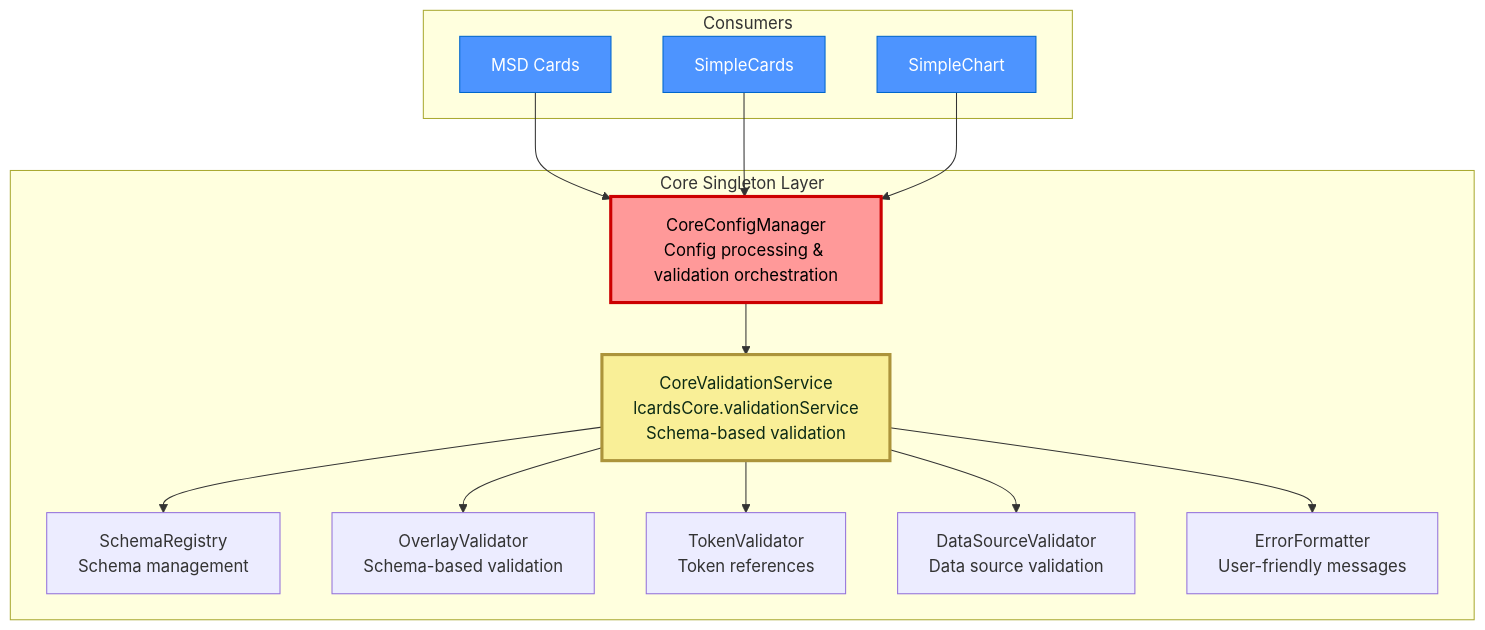
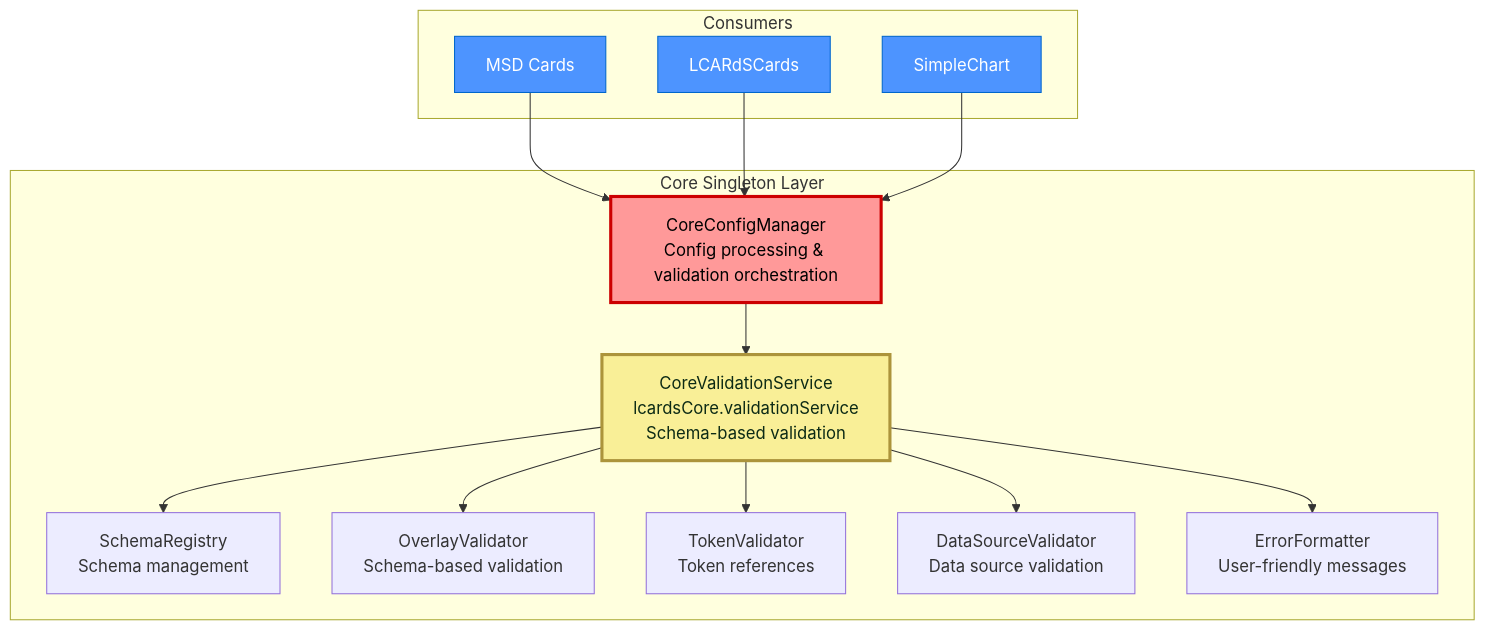
The first of 2 diagrams in doc/architecture/subsystems/validation-system.md (solhuebner/lcards), drawn with Mermaid before and after one commit. The commit also changed other lines of this file and 56 other files, not shown here.

````diff
--- a/doc/architecture/subsystems/validation-system.md
+++ b/doc/architecture/subsystems/validation-system.md
@@ -45,36 +45,36 @@
 ```mermaid
 graph TB
     subgraph "Core Singleton Layer"
         CCM[CoreConfigManager<br/>Config processing & validation orchestration]
         CVS[CoreValidationService<br/>lcardsCore.validationService<br/>Schema-based validation]
         SR[SchemaRegistry<br/>Schema management]
         OV[OverlayValidator<br/>Schema-based validation]
         TV[TokenValidator<br/>Token references]
         DSV[DataSourceValidator<br/>Data source validation]
         EF[ErrorFormatter<br/>User-friendly messages]
     end
 
     subgraph "Consumers"
         MSD[MSD Cards]
-        SC[SimpleCards]
+        SC[LCARdSCards]
         SCH[SimpleChart]
     end
 
     MSD --> CCM
     SC --> CCM
     SCH --> CCM
 
     CCM --> CVS
 
     CVS --> SR
     CVS --> OV
     CVS --> TV
     CVS --> DSV
     CVS --> EF
 
     style CCM fill:#ff9999,stroke:#cc0000,stroke-width:3px,color:#000
     style CVS fill:#f9ef97,stroke:#ac943b,stroke-width:3px,color:#0c2a15
     style MSD fill:#4d94ff,stroke:#0066cc,color:#fff
     style SC fill:#4d94ff,stroke:#0066cc,color:#fff
     style SCH fill:#4d94ff,stroke:#0066cc,color:#fff
 ```
````
